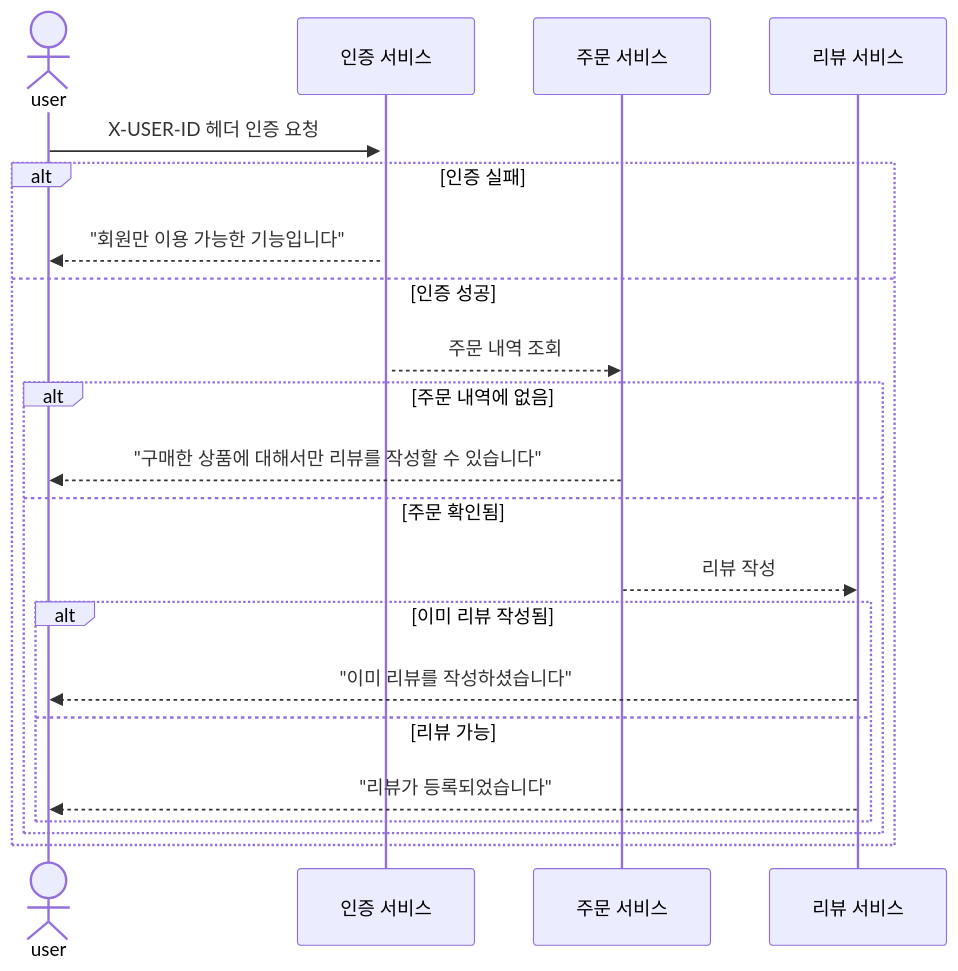
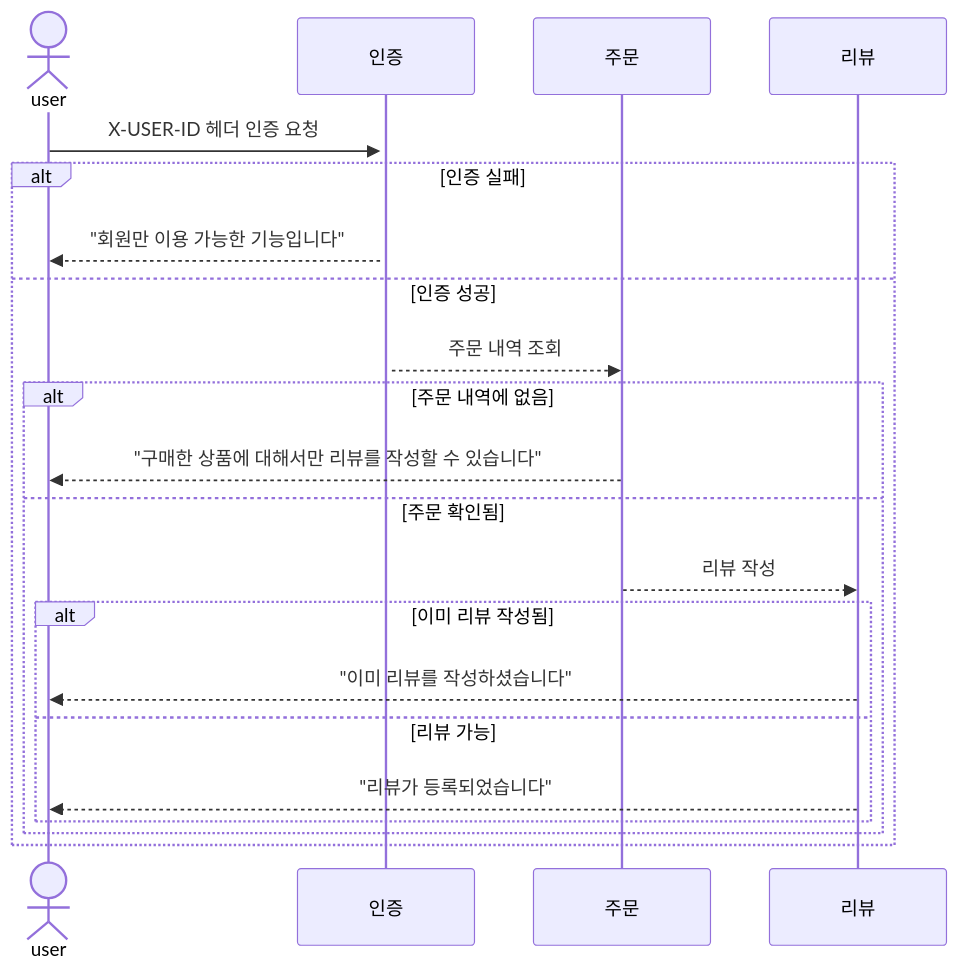
Before and after one commit to lutae2000/java-spring-ecommerce-api: the ninth of 10 diagrams in docs/design/02-sequence-diagrams.md, drawn with Mermaid. The commit also changed other lines of this file and 1 other file, not shown here.

Commit message:
2nd week 과제 커밋

````diff
--- a/docs/design/02-sequence-diagrams.md
+++ b/docs/design/02-sequence-diagrams.md
@@ -289,26 +289,26 @@
 ```mermaid
 sequenceDiagram
     actor user
-    participant AuthService as 인증 서비스
-    participant OrderService as 주문 서비스
-    participant ReviewService as 리뷰 서비스
+    participant AuthService as 인증
+    participant OrderService as 주문
+    participant ReviewService as 리뷰
 
     user->>+AuthService: X-USER-ID 헤더 인증 요청
 
     alt 인증 실패
         AuthService-->>user: "회원만 이용 가능한 기능입니다"
     else 인증 성공
         AuthService-->>OrderService: 주문 내역 조회
         alt 주문 내역에 없음
             OrderService-->>user: "구매한 상품에 대해서만 리뷰를 작성할 수 있습니다"
         else 주문 확인됨
             OrderService-->>ReviewService: 리뷰 작성
 
             alt 이미 리뷰 작성됨
                 ReviewService-->>user: "이미 리뷰를 작성하셨습니다"
             else 리뷰 가능
                 ReviewService-->>user: "리뷰가 등록되었습니다"
             end
         end
     end
 ```
````
